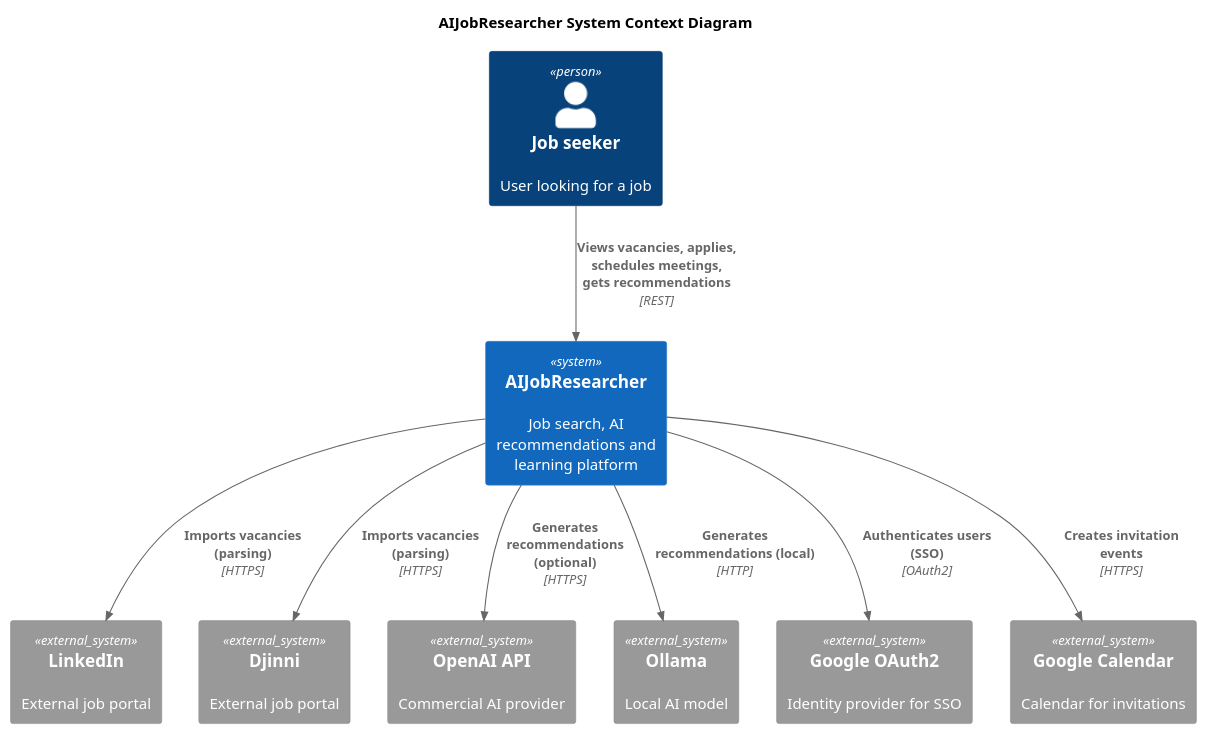
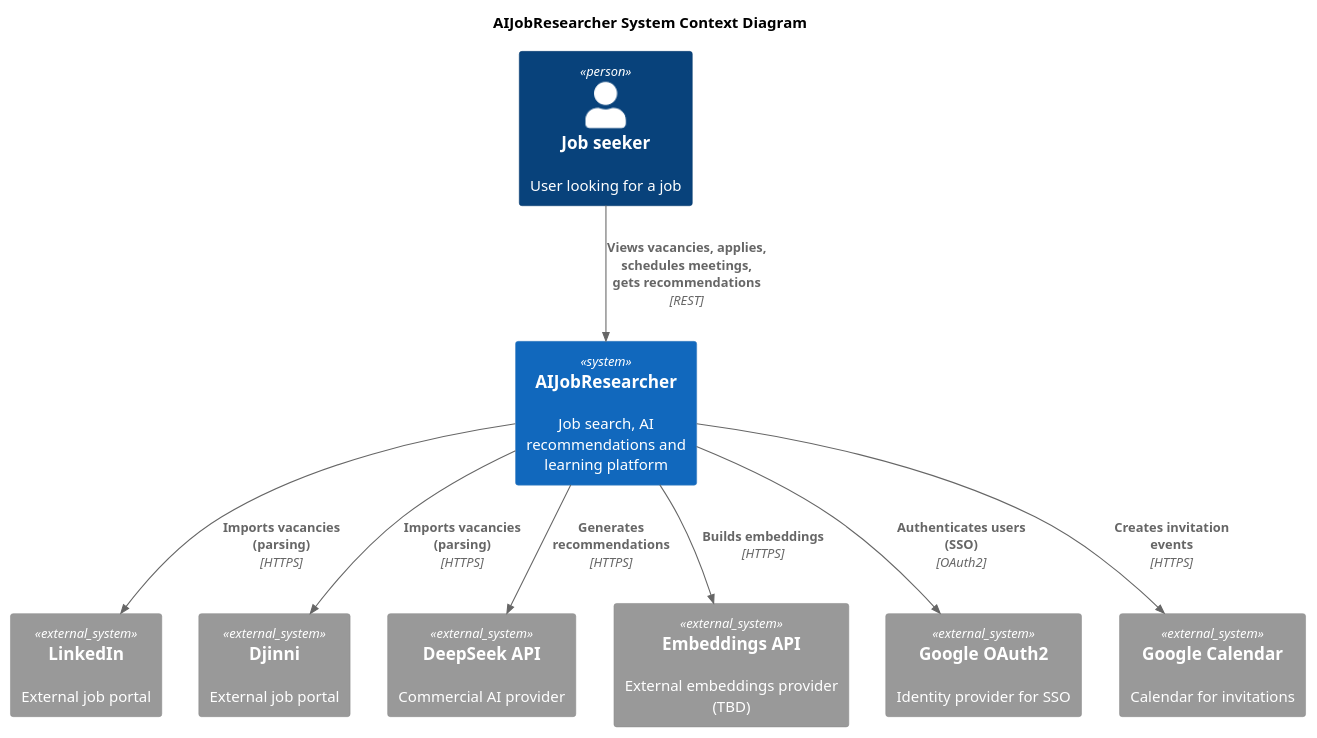
The diagram in docs/c4/context.puml (AIJobResearcher/docs), drawn with PlantUML before and after one commit. The commit also changed 18 other files, not shown here.

```diff
--- a/docs/c4/context.puml
+++ b/docs/c4/context.puml
@@ -1,25 +1,25 @@
 @startuml
 !include https://raw.githubusercontent.com/plantuml-stdlib/C4-PlantUML/master/C4_Context.puml
 
 title AIJobResearcher System Context Diagram
 
 Person(seeker, "Job seeker", "User looking for a job")
 
 System(ai_job_researcher, "AIJobResearcher", "Job search, AI recommendations and learning platform")
 
 System_Ext(linkedin, "LinkedIn", "External job portal")
 System_Ext(djinni, "Djinni", "External job portal")
-System_Ext(openai, "OpenAI API", "Commercial AI provider")
-System_Ext(ollama, "Ollama", "Local AI model")
+System_Ext(deepseek, "DeepSeek API", "Commercial AI provider")
+System_Ext(embeddings_api, "Embeddings API", "External embeddings provider (TBD)")
 System_Ext(google_auth, "Google OAuth2", "Identity provider for SSO")
 System_Ext(google_calendar, "Google Calendar", "Calendar for invitations")
 
 Rel(seeker, ai_job_researcher, "Views vacancies, applies, schedules meetings, gets recommendations", "REST")
 Rel(ai_job_researcher, google_auth, "Authenticates users (SSO)", "OAuth2")
 Rel(ai_job_researcher, linkedin, "Imports vacancies (parsing)", "HTTPS")
 Rel(ai_job_researcher, djinni, "Imports vacancies (parsing)", "HTTPS")
-Rel(ai_job_researcher, openai, "Generates recommendations (optional)", "HTTPS")
-Rel(ai_job_researcher, ollama, "Generates recommendations (local)", "HTTP")
+Rel(ai_job_researcher, deepseek, "Generates recommendations", "HTTPS")
+Rel(ai_job_researcher, embeddings_api, "Builds embeddings", "HTTPS")
 Rel(ai_job_researcher, google_calendar, "Creates invitation events", "HTTPS")
 
 @enduml
```
